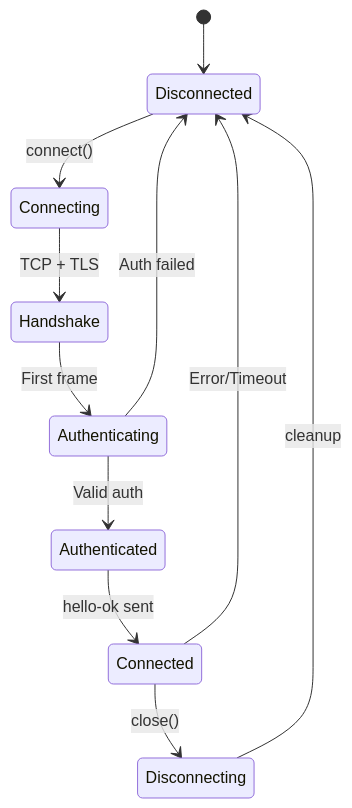
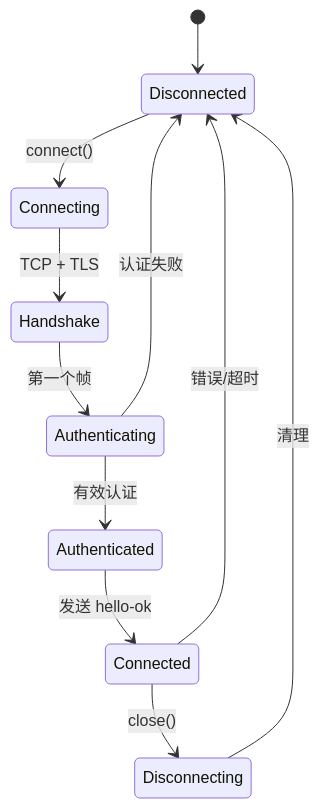
The second of 5 diagrams in docs/zh/architecture-book/part-4-gateway-protocol/02-ws-transport.md (a576378368/openclaw_docs), drawn with Mermaid before and after one commit. The commit also changed other lines of this file and 4 other files, not shown here.

````diff
--- a/docs/zh/architecture-book/part-4-gateway-protocol/02-ws-transport.md
+++ b/docs/zh/architecture-book/part-4-gateway-protocol/02-ws-transport.md
@@ -36,13 +36,13 @@
 ```mermaid
 stateDiagram-v2
     [*] --> Disconnected
     Disconnected --> Connecting: connect()
     Connecting --> Handshake: TCP + TLS
-    Handshake --> Authenticating: First frame
-    Authenticating --> Authenticated: Valid auth
-    Authenticated --> Connected: hello-ok sent
+    Handshake --> Authenticating: 第一个帧
+    Authenticating --> Authenticated: 有效认证
+    Authenticated --> Connected: 发送 hello-ok
     Connected --> Disconnecting: close()
-    Disconnecting --> Disconnected: cleanup
-    Authenticating --> Disconnected: Auth failed
-    Connected --> Disconnected: Error/Timeout
+    Disconnecting --> Disconnected: 清理
+    Authenticating --> Disconnected: 认证失败
+    Connected --> Disconnected: 错误/超时
 ```
````
